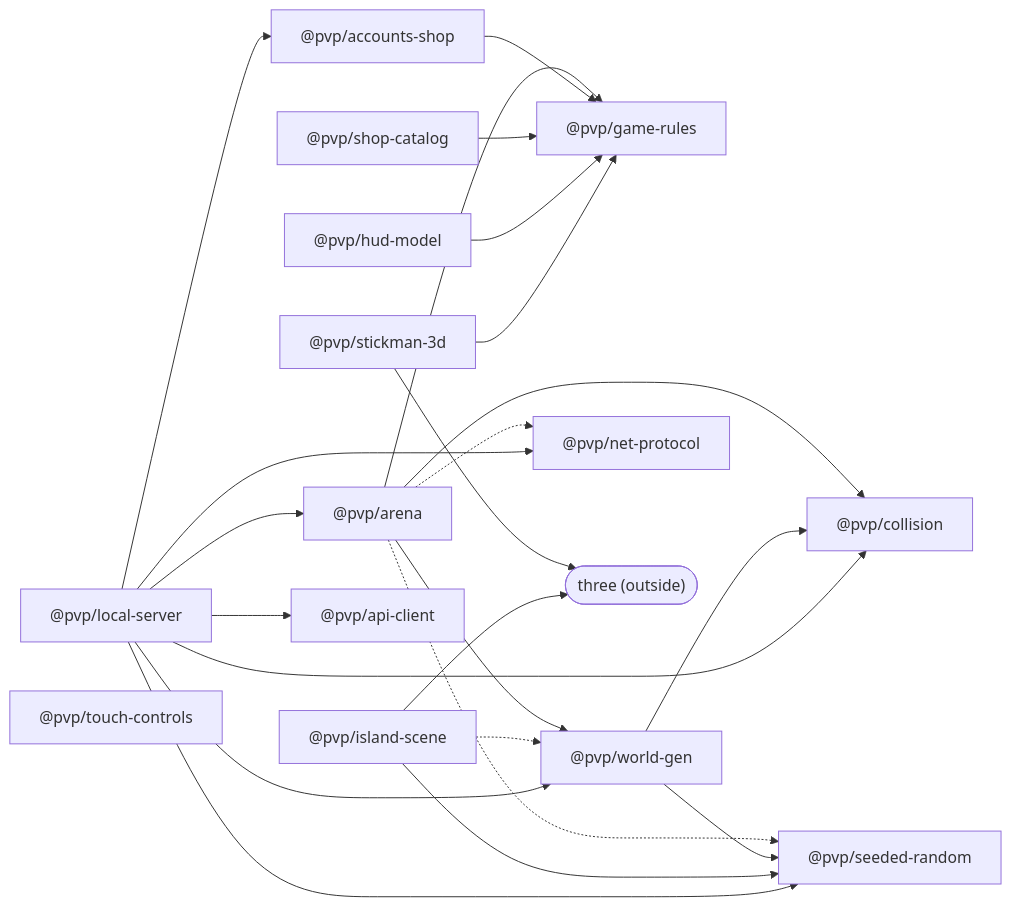
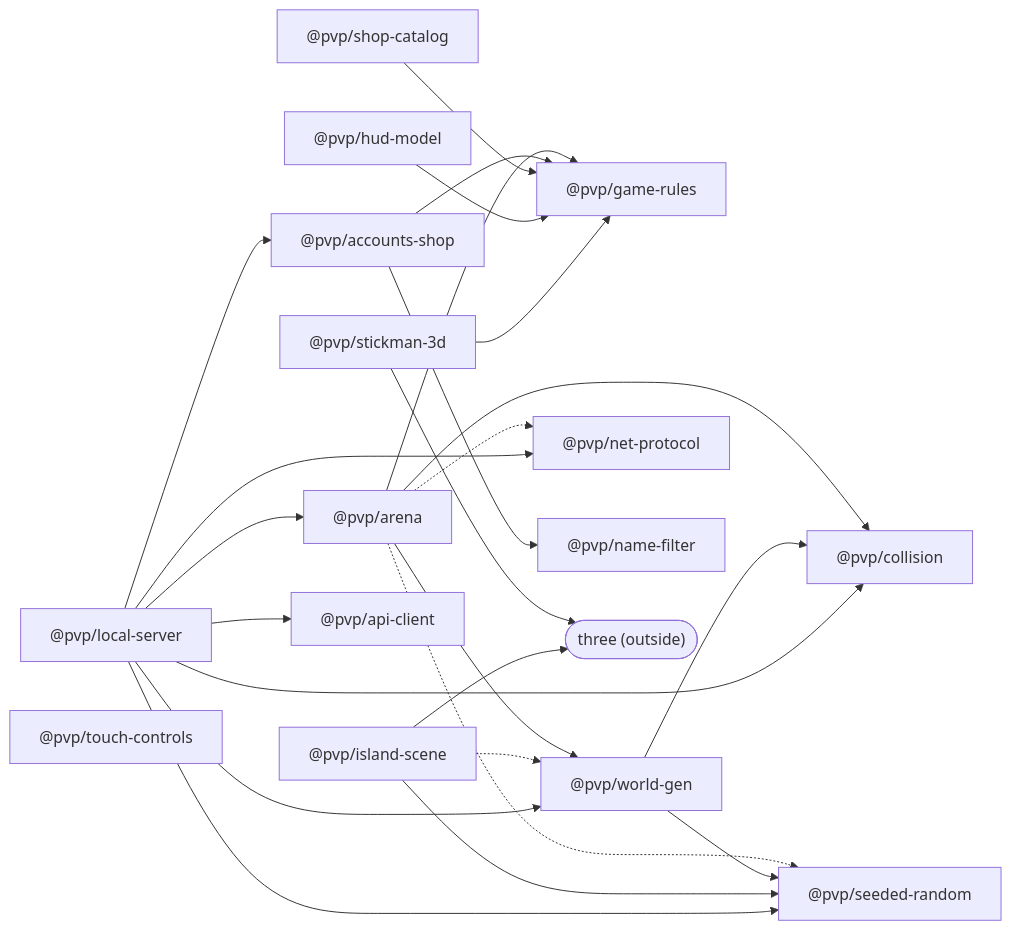
The diagram in CATALOG.md (henriquemedeiros23-dev/pvp), drawn with Mermaid before and after one commit. The commit also changed other lines of this file and 30 other files, not shown here.

First line of the commit message:
Names: change name button, no swear words, no look-alike copies (#41)

````diff
--- a/CATALOG.md
+++ b/CATALOG.md
@@ -15,27 +15,28 @@
 ```mermaid
 graph LR
   arena["@pvp/arena"] --> collision["@pvp/collision"]
   arena --> rules["@pvp/game-rules"]
   arena --> worldgen["@pvp/world-gen"]
   arena -.-> random["@pvp/seeded-random"]
   arena -.-> protocol["@pvp/net-protocol"]
   worldgen --> collision
   worldgen --> random
   accounts["@pvp/accounts-shop"] --> rules
+  accounts --> names["@pvp/name-filter"]
   shop["@pvp/shop-catalog"] --> rules
   hud["@pvp/hud-model"] --> rules
   stickman["@pvp/stickman-3d"] --> rules
   stickman --> three(["three (outside)"])
   scene["@pvp/island-scene"] --> random
   scene --> three
   scene -.-> worldgen
   api["@pvp/api-client"]
   local["@pvp/local-server"] --> arena
   local --> accounts
   local --> api
   local --> protocol
   local --> worldgen
   local --> random
   local --> collision
   controls["@pvp/touch-controls"]
 ```
````
